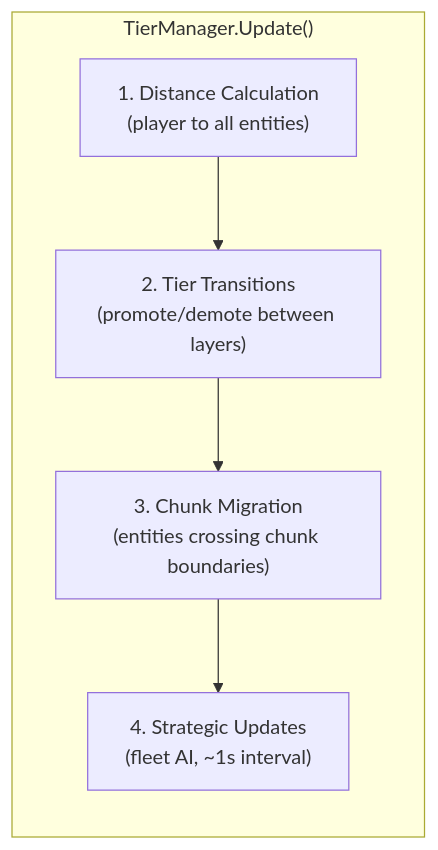
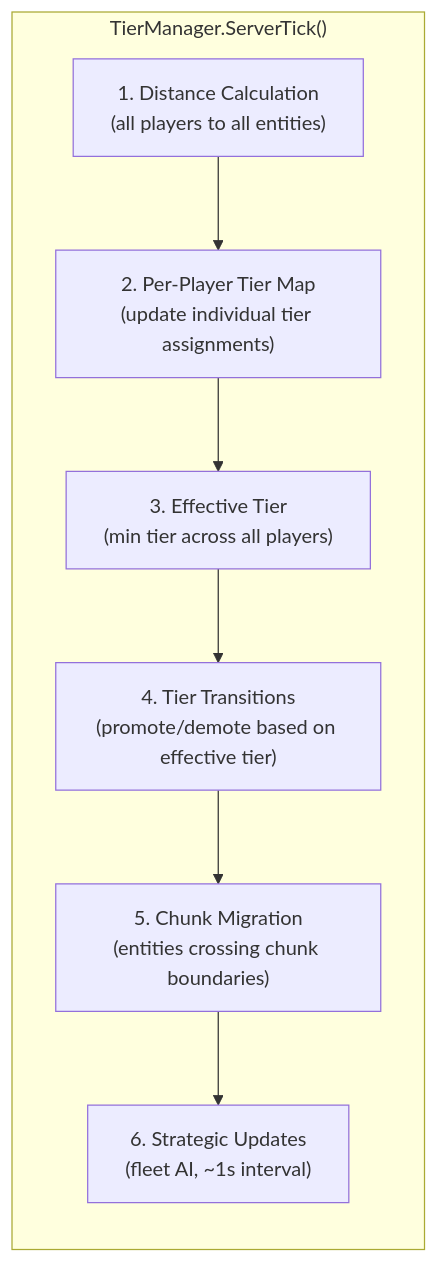
The sixth of 7 diagrams in .obsidian/architecture/02-system-architecture.md (zephkelly/starfire), drawn with Mermaid before and after one commit. The commit also changed other lines of this file and 1787 other files, not shown here.

````diff
--- a/.obsidian/architecture/02-system-architecture.md
+++ b/.obsidian/architecture/02-system-architecture.md
@@ -411,12 +440,14 @@
 ```mermaid
 flowchart TB
-    subgraph TierUpdate["TierManager.Update()"]
+    subgraph TierUpdate["TierManager.ServerTick()"]
         direction TB
-        DIST["1. Distance Calculation\n(player to all entities)"]
-        TRANS["2. Tier Transitions\n(promote/demote between layers)"]
-        CHUNK["3. Chunk Migration\n(entities crossing chunk boundaries)"]
-        STRAT["4. Strategic Updates\n(fleet AI, ~1s interval)"]
+        DIST["1. Distance Calculation\n(all players to all entities)"]
+        TIER["2. Per-Player Tier Map\n(update individual tier assignments)"]
+        EFF["3. Effective Tier\n(min tier across all players)"]
+        TRANS["4. Tier Transitions\n(promote/demote based on effective tier)"]
+        CHUNK["5. Chunk Migration\n(entities crossing chunk boundaries)"]
+        STRAT["6. Strategic Updates\n(fleet AI, ~1s interval)"]
     end
 
-    DIST --> TRANS --> CHUNK --> STRAT
+    DIST --> TIER --> EFF --> TRANS --> CHUNK --> STRAT
 ```
````
